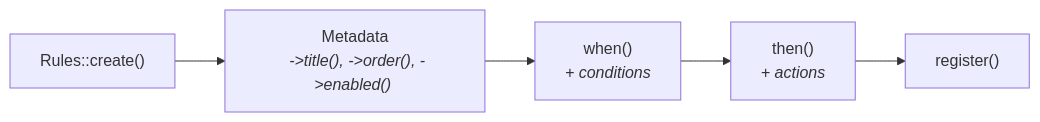
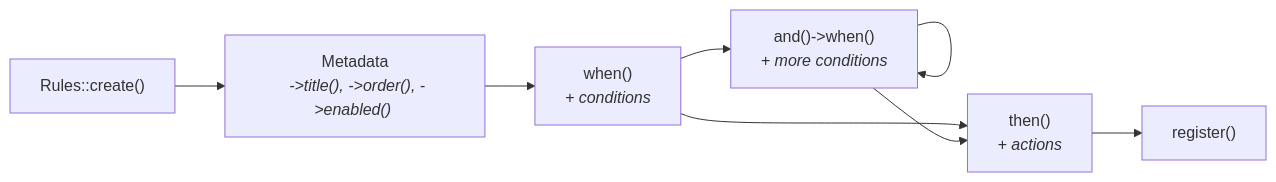
One commit to MilliPress/MilliRules changed the diagram in docs/02-core-concepts/03-building-rules.md. Above: the diagram before and after it, drawn with Mermaid. The commit also changed other lines of this file and 6 other files, not shown here.

````diff
--- a/docs/02-core-concepts/03-building-rules.md
+++ b/docs/02-core-concepts/03-building-rules.md
@@ -15,7 +15,10 @@
 ```mermaid
 flowchart LR
     Create["Rules::create()"] --> Meta["Metadata<br/><i> ->title(), ->order(), ->enabled() </i>"]
     Meta --> When["when()<br/><i>+ conditions</i>"]
+    When --> And["and()->when()<br/><i>+ more conditions</i>"]
+    And --> And
     When --> Then["then()<br/><i>+ actions</i>"]
+    And --> Then
     Then --> Register["register()"]
 ```
````
